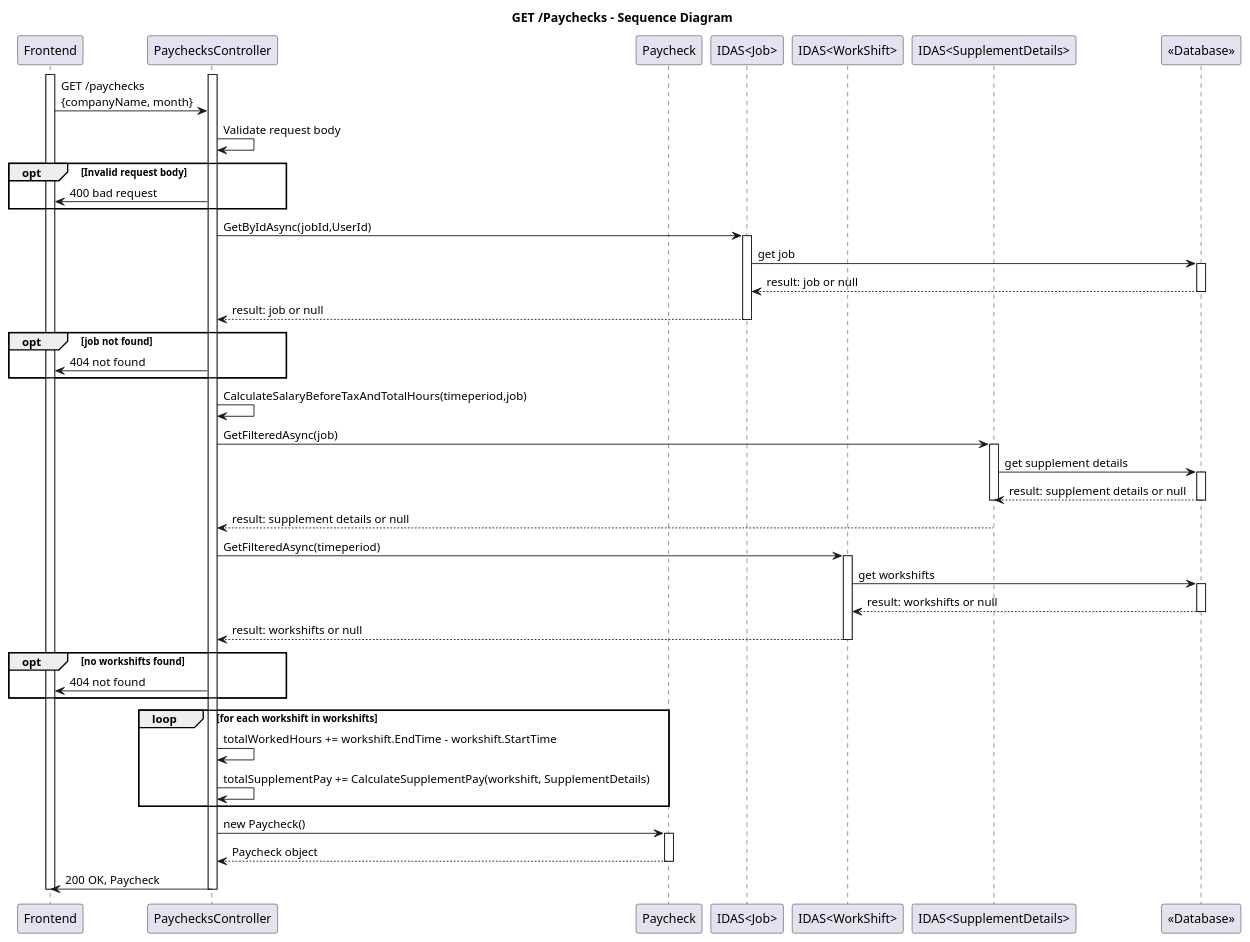
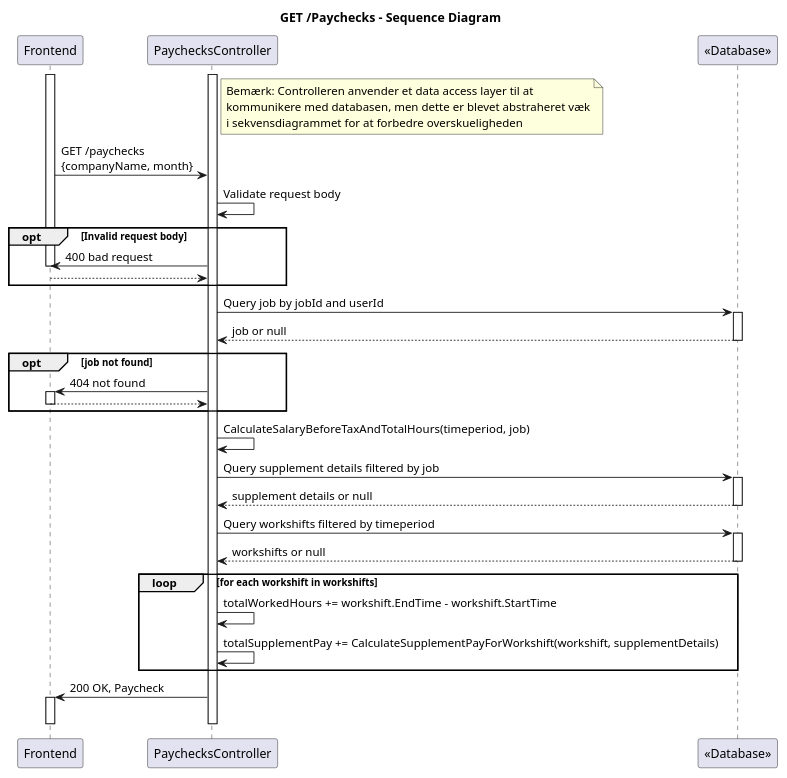
Before and after one commit to a-chiha/FinanceTrackerBackend: the diagram in diagrams/backend/generatePayCheckSeq.puml, drawn with PlantUML. The commit also changed 2 other files, not shown here.

Commit message:
diagrams

```diff
--- a/diagrams/backend/generatePayCheckSeq.puml
+++ b/diagrams/backend/generatePayCheckSeq.puml
@@ -3,69 +1,65 @@
 @startuml
+note right of PaychecksController
+  Bemærk: Controlleren anvender et data access layer til at
+  kommunikere med databasen, men dette er blevet abstraheret væk
+  i sekvensdiagrammet for at forbedre overskueligheden
+end note
 
 title GET /Paychecks - Sequence Diagram
 
-participant "Frontend" as Frontend 
+participant "Frontend" as Frontend
 participant "PaychecksController" as PaychecksController
-participant "Paycheck" as Paycheck
-participant "IDAS<Job>" as Job
-participant "IDAS<WorkShift>" as WorkShift
-participant "IDAS<SupplementDetails>" as SupplementDetails
+
 participant "<<Database>>" as Database
 
 activate Frontend
 activate PaychecksController
+
 Frontend -> PaychecksController: GET /paychecks\n{companyName, month}
 PaychecksController -> PaychecksController: Validate request body
 opt Invalid request body
-PaychecksController -> Frontend: 400 bad request 
+    PaychecksController -> Frontend: 400 bad request
+   
+    deactivate Frontend
+    return
 end
 
-PaychecksController -> Job: GetByIdAsync(jobId,UserId)
-activate Job
-Job -> Database: get job
+PaychecksController -> Database: Query job by jobId and userId
 activate Database
-Database --> Job: result: job or null
+Database --> PaychecksController: job or null
 deactivate Database
-Job --> PaychecksController: result: job or null
-deactivate Job
 opt job not found
-PaychecksController -> Frontend: 404 not found
+    PaychecksController -> Frontend: 404 not found
+activate Frontend
+   
+    return
+    deactivate Frontend
 end
 
-PaychecksController -> PaychecksController: CalculateSalaryBeforeTaxAndTotalHours(timeperiod,job)
+PaychecksController -> PaychecksController: CalculateSalaryBeforeTaxAndTotalHours(timeperiod, job)
 
-PaychecksController -> SupplementDetails: GetFilteredAsync(job)
-activate SupplementDetails
-SupplementDetails -> Database: get supplement details
+PaychecksController -> Database: Query supplement details filtered by job
 activate Database
-Database --> SupplementDetails: result: supplement details or null
+Database --> PaychecksController: supplement details or null
 deactivate Database
-deactivate SupplementDetails
-SupplementDetails --> PaychecksController: result: supplement details or null
-PaychecksController -> WorkShift: GetFilteredAsync(timeperiod)
-activate WorkShift
 
-WorkShift -> Database: get workshifts
+PaychecksController -> Database: Query workshifts filtered by timeperiod
 activate Database
-Database --> WorkShift: result: workshifts or null
+Database --> PaychecksController: workshifts or null
 deactivate Database
-PaychecksController <-- WorkShift: result: workshifts or null
-deactivate WorkShift
-opt no workshifts found
-PaychecksController -> Frontend: 404 not found
 
-end
+
 loop for each workshift in workshifts
-PaychecksController -> PaychecksController: totalWorkedHours += workshift.EndTime - workshift.StartTime
-
-PaychecksController -> PaychecksController: totalSupplementPay += CalculateSupplementPay(workshift, SupplementDetails)
+    PaychecksController -> PaychecksController: totalWorkedHours += workshift.EndTime - workshift.StartTime
+    PaychecksController -> PaychecksController: totalSupplementPay += CalculateSupplementPayForWorkshift(workshift, supplementDetails)
 end
 
-PaychecksController -> Paycheck: new Paycheck()
-activate Paycheck
-Paycheck --> PaychecksController: Paycheck object
-deactivate Paycheck
+
 PaychecksController -> Frontend: 200 OK, Paycheck
+activate Frontend
+deactivate Frontend
+
 deactivate PaychecksController
 deactivate Frontend
+
 @enduml
```
